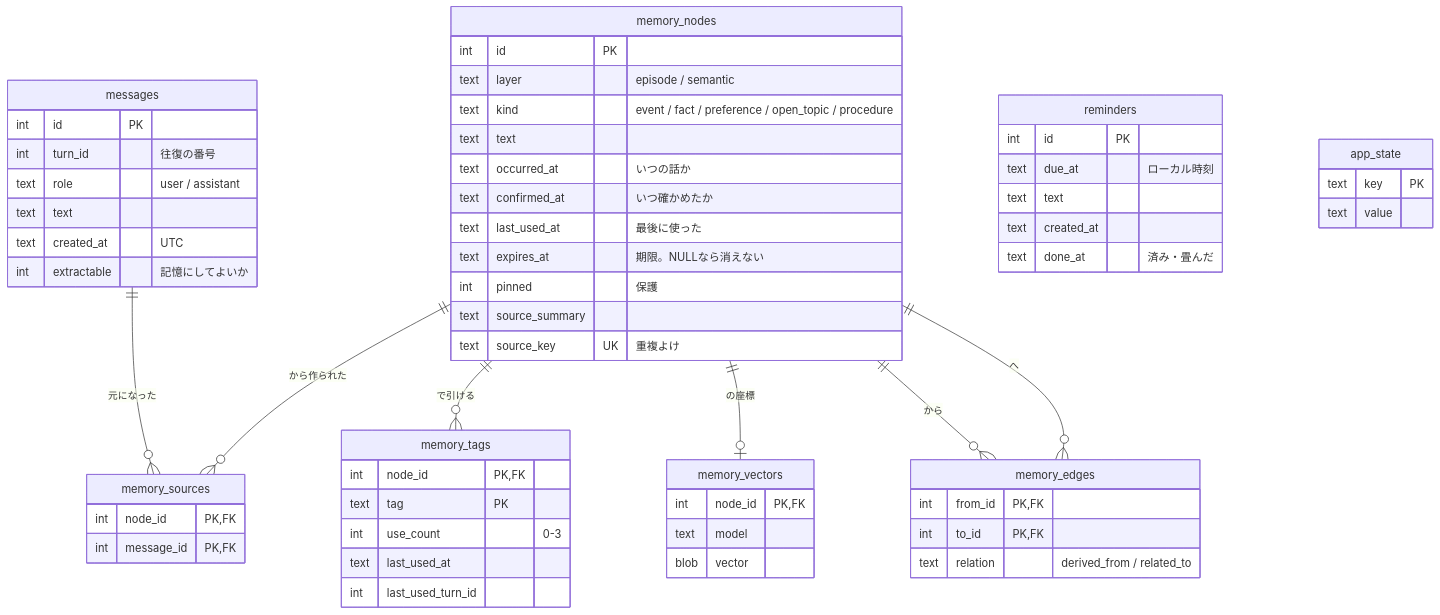
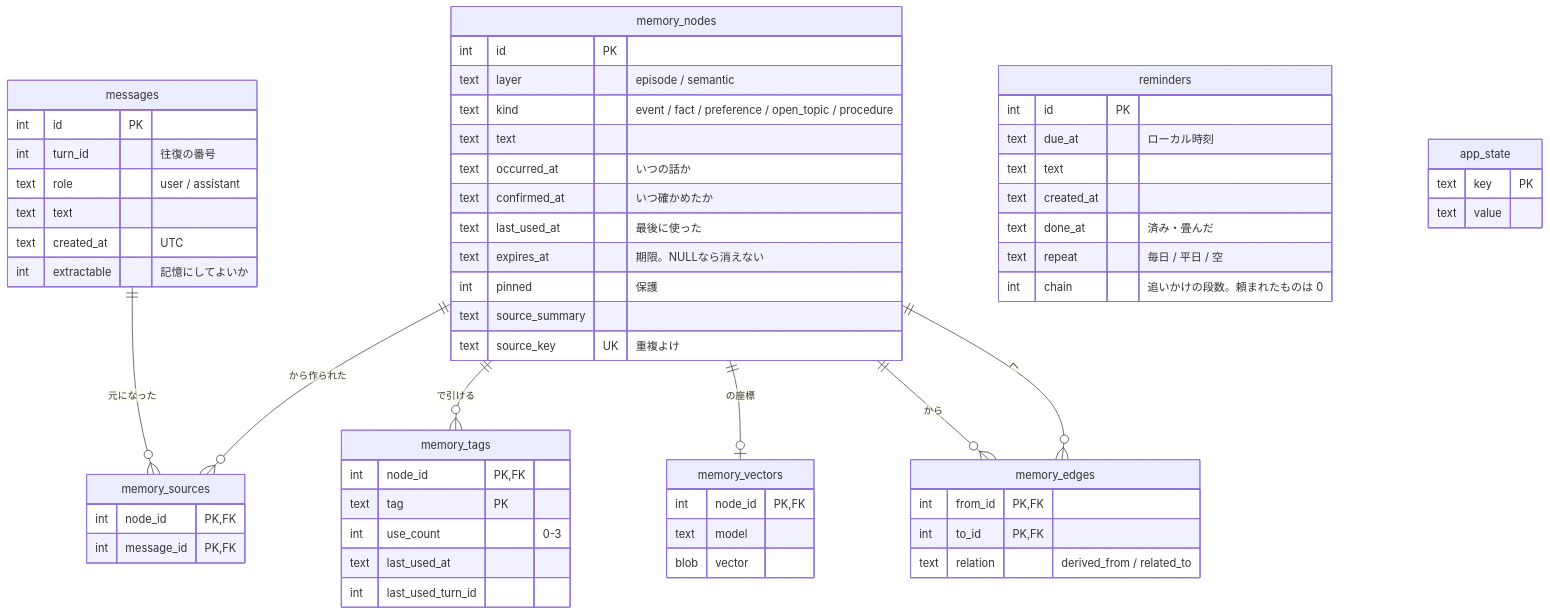
The diagram in docs/06_データベース.md (shoya44/kotoha), drawn with Mermaid before and after one commit. The commit also changed other lines of this file and 12 other files, not shown here.

````diff
--- a/docs/06_データベース.md
+++ b/docs/06_データベース.md
@@ -7,63 +7,65 @@
 ```mermaid
 erDiagram
     messages ||--o{ memory_sources : "元になった"
     memory_nodes ||--o{ memory_sources : "から作られた"
     memory_nodes ||--o{ memory_tags : "で引ける"
     memory_nodes ||--o| memory_vectors : "の座標"
     memory_nodes ||--o{ memory_edges : "から"
     memory_nodes ||--o{ memory_edges : "へ"
 
     messages {
         int id PK
         int turn_id "往復の番号"
         text role "user / assistant"
         text text
         text created_at "UTC"
         int extractable "記憶にしてよいか"
     }
     memory_nodes {
         int id PK
         text layer "episode / semantic"
         text kind "event / fact / preference / open_topic / procedure"
         text text
         text occurred_at "いつの話か"
         text confirmed_at "いつ確かめたか"
         text last_used_at "最後に使った"
         text expires_at "期限。NULLなら消えない"
         int pinned "保護"
         text source_summary
         text source_key UK "重複よけ"
     }
     memory_tags {
         int node_id PK, FK
         text tag PK
         int use_count "0-3"
         text last_used_at
         int last_used_turn_id
     }
     memory_edges {
         int from_id PK, FK
         int to_id PK, FK
         text relation "derived_from / related_to"
     }
     memory_vectors {
         int node_id PK, FK
         text model
         blob vector
     }
     memory_sources {
         int node_id PK, FK
         int message_id PK, FK
     }
     reminders {
         int id PK
         text due_at "ローカル時刻"
         text text
         text created_at
         text done_at "済み・畳んだ"
+        text repeat "毎日 / 平日 / 空"
+        int chain "追いかけの段数。頼まれたものは 0"
     }
     app_state {
         text key PK
         text value
     }
 ```
````
